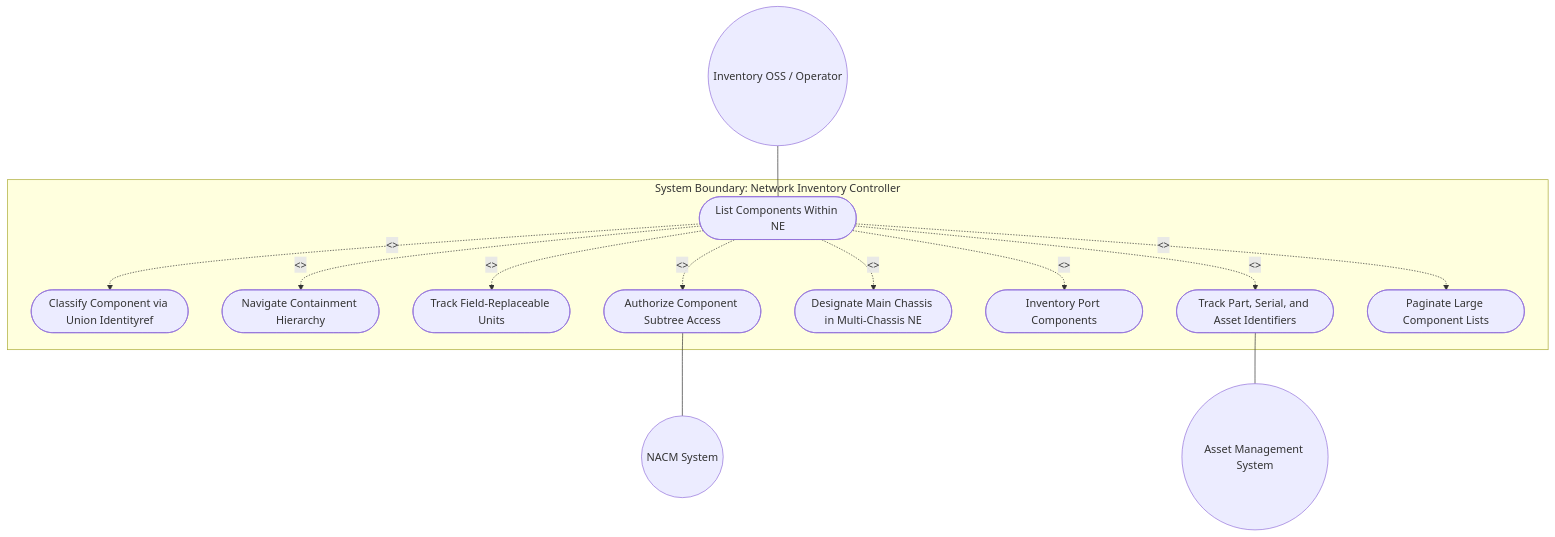
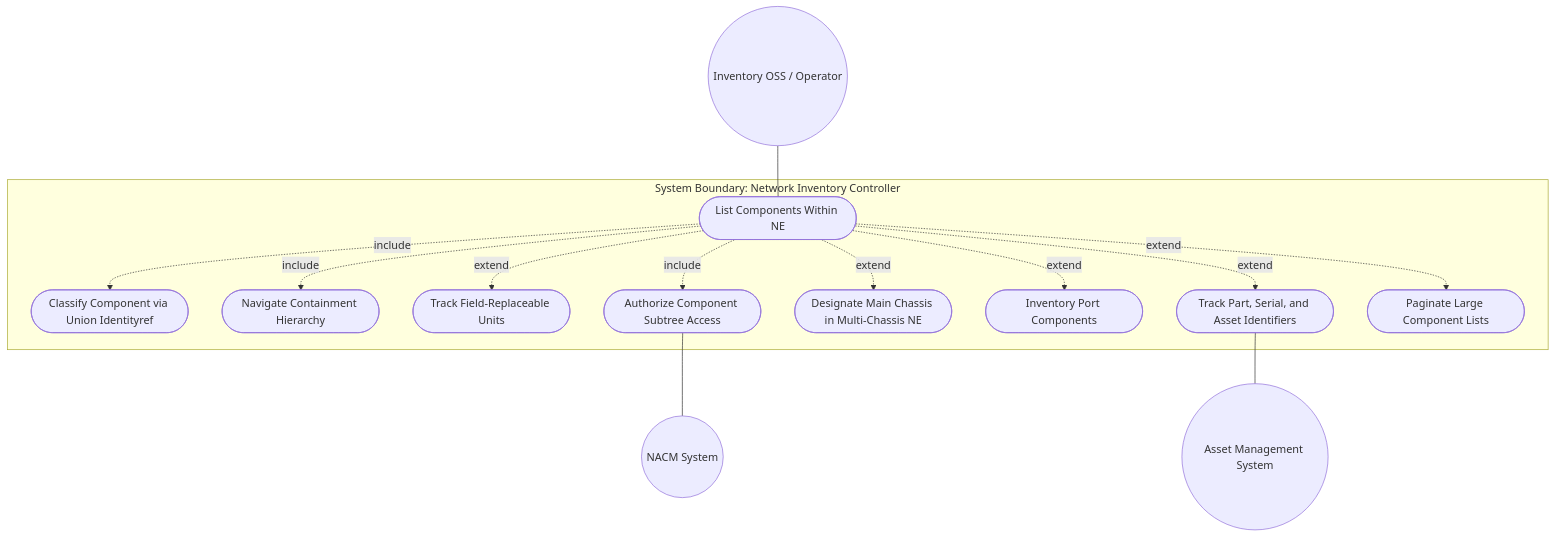
The first of 2 diagrams in docs/use-cases/uc-13-component-inventory.md (gintatkinson/3dgs-030), drawn with Mermaid before and after one commit. The commit also changed other lines of this file and 17 other files, not shown here.

Commit message:
docs: fix Mermaid UML rendering in all 18 use cases -- remove <<include>>/<<extend>> angle brackets causing GitHub renderer failure

````diff
--- a/docs/use-cases/uc-13-component-inventory.md
+++ b/docs/use-cases/uc-13-component-inventory.md
@@ -175,25 +175,25 @@
 ```mermaid
 graph TD
     subgraph "System Boundary: Network Inventory Controller"
         UC_ListComp([List Components Within NE])
         UC_ClassComp([Classify Component via Union Identityref])
         UC_Hierarchy([Navigate Containment Hierarchy])
         UC_FRU([Track Field-Replaceable Units])
         UC_Asset([Track Part, Serial, and Asset Identifiers])
         UC_MultiChassis([Designate Main Chassis in Multi-Chassis NE])
         UC_PortInv([Inventory Port Components])
         UC_AuthComp([Authorize Component Subtree Access])
         UC_Paginate([Paginate Large Component Lists])
     end
     Operator((Inventory OSS / Operator)) --- UC_ListComp
-    UC_ListComp -. "<<include>>" .-> UC_ClassComp
-    UC_ListComp -. "<<include>>" .-> UC_Hierarchy
-    UC_ListComp -. "<<include>>" .-> UC_AuthComp
-    UC_ListComp -. "<<extend>>" .-> UC_FRU
-    UC_ListComp -. "<<extend>>" .-> UC_Asset
-    UC_ListComp -. "<<extend>>" .-> UC_MultiChassis
-    UC_ListComp -. "<<extend>>" .-> UC_PortInv
-    UC_ListComp -. "<<extend>>" .-> UC_Paginate
+     UC_ListComp -. "include" .-> UC_ClassComp
+     UC_ListComp -. "include" .-> UC_Hierarchy
+     UC_ListComp -. "include" .-> UC_AuthComp
+     UC_ListComp -. "extend" .-> UC_FRU
+     UC_ListComp -. "extend" .-> UC_Asset
+     UC_ListComp -. "extend" .-> UC_MultiChassis
+     UC_ListComp -. "extend" .-> UC_PortInv
+     UC_ListComp -. "extend" .-> UC_Paginate
     UC_AuthComp --- NACM((NACM System))
     UC_Asset --- AssetSys((Asset Management System))
 ```
````
